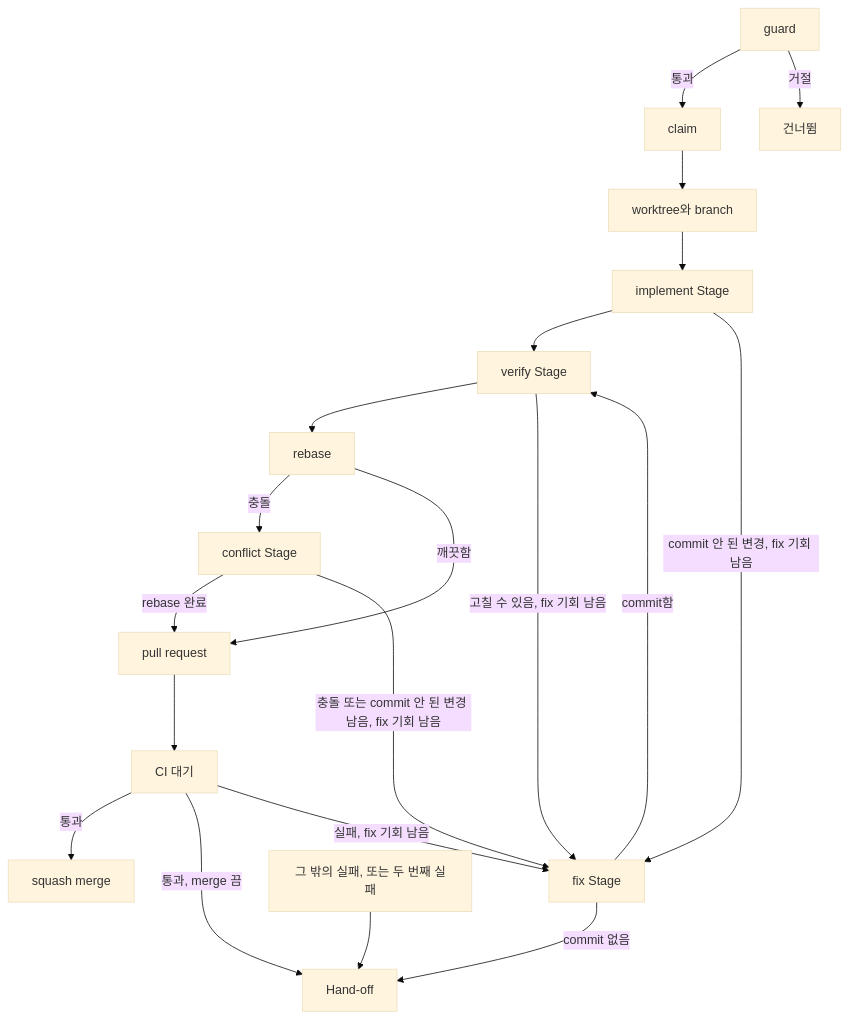
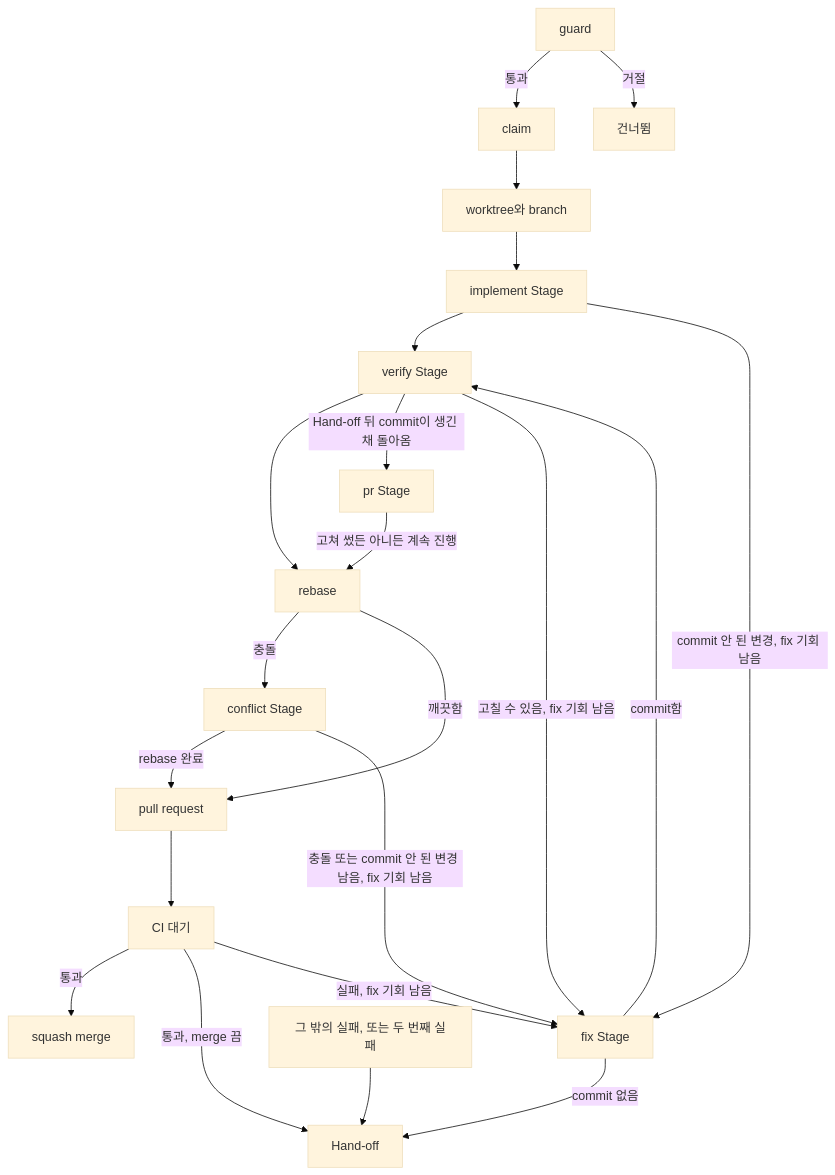
One commit to jjongs2/ticket-runner changed the first of 2 diagrams in wiki/ko/guide/ticket-to-merge.md. Above: the diagram before and after it, drawn with Mermaid (base theme). The commit also changed other lines of this file and 38 other files, not shown here.

````diff
--- a/wiki/ko/guide/ticket-to-merge.md
+++ b/wiki/ko/guide/ticket-to-merge.md
@@ -22,22 +23,24 @@
 ```mermaid
 flowchart TD
     G["guard"] -->|통과| C["claim"]
     G -->|거절| S["건너뜀"]
     C --> W["worktree와 branch"]
     W --> I["implement Stage"]
     I --> V["verify Stage"]
     V --> R["rebase"]
+    V -->|"Hand-off 뒤 commit이 생긴 채 돌아옴"| PS["pr Stage"]
+    PS -->|"고쳐 썼든 아니든 계속 진행"| R
     R -->|충돌| X["conflict Stage"]
     R -->|깨끗함| P["pull request"]
     X -->|rebase 완료| P
     P --> CI["CI 대기"]
     CI -->|통과| M["squash merge"]
     CI -->|"통과, merge 끔"| H
     I -->|"commit 안 된 변경, fix 기회 남음"| F["fix Stage"]
     V -->|"고칠 수 있음, fix 기회 남음"| F
     X -->|"충돌 또는 commit 안 된 변경 남음, fix 기회 남음"| F
     CI -->|"실패, fix 기회 남음"| F
     F -->|commit함| V
     F -->|commit 없음| H["Hand-off"]
     O["그 밖의 실패, 또는 두 번째 실패"] --> H
 ```
````
